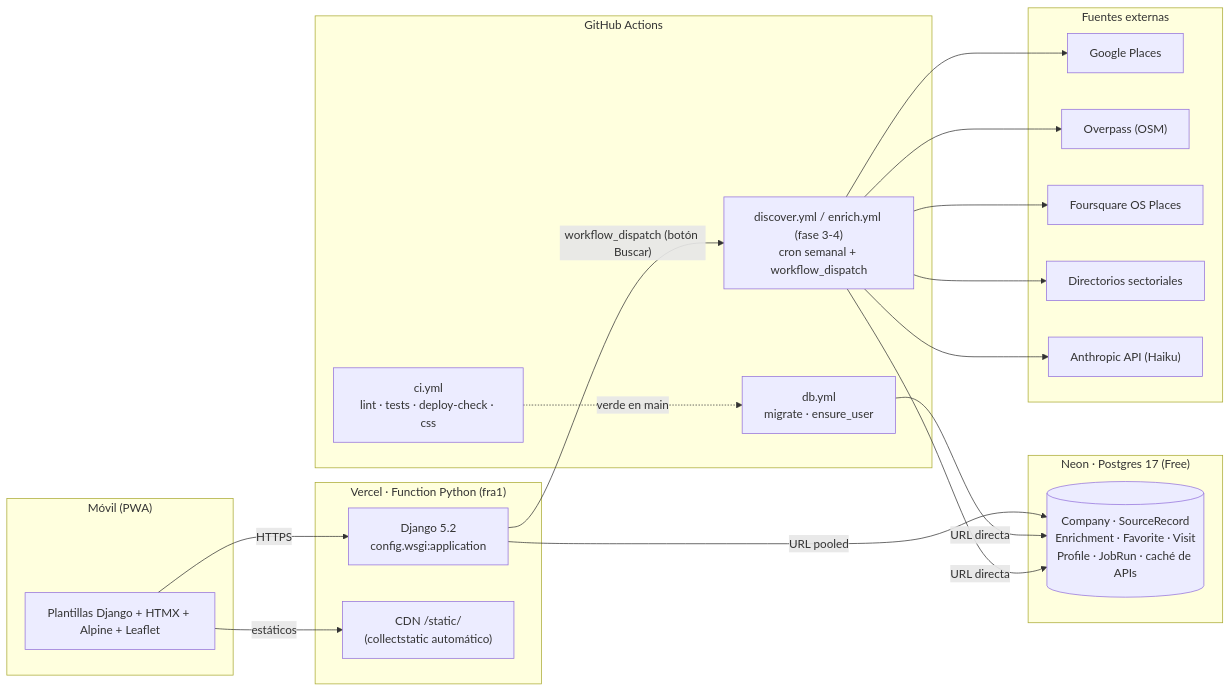
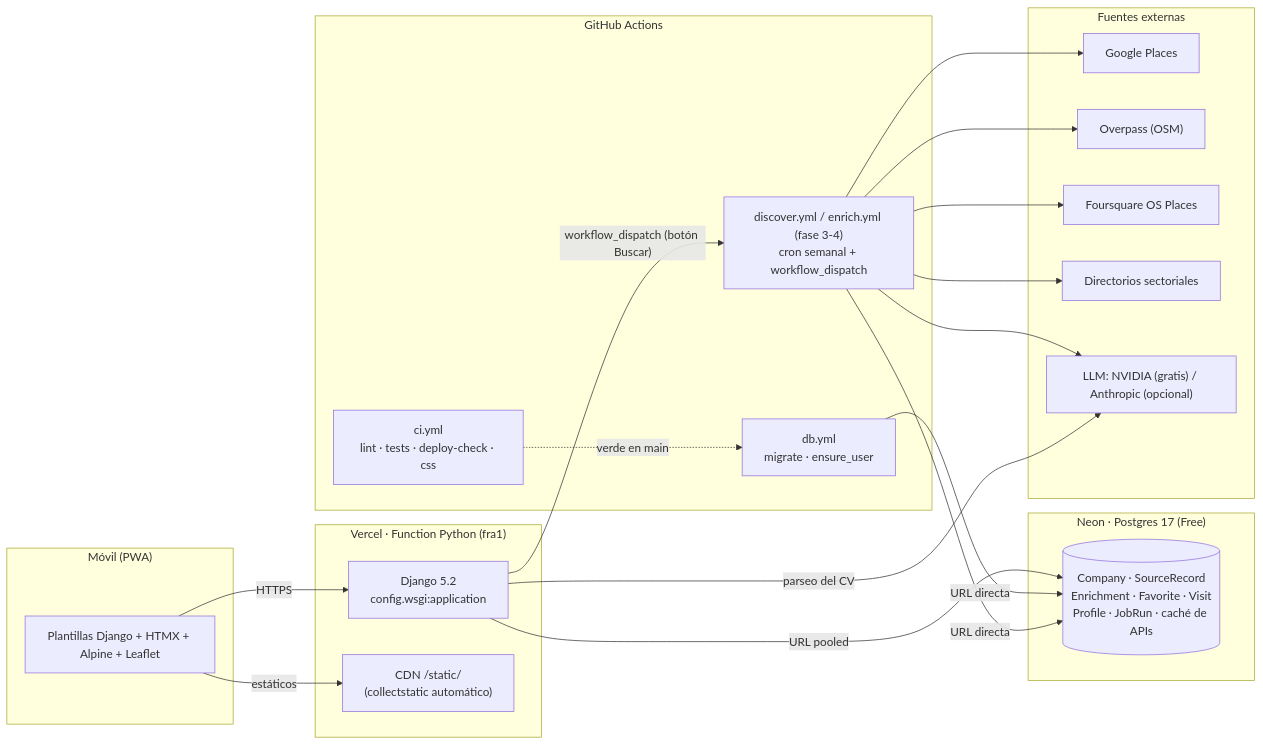
One commit to francisconaranjonrvz/picaporte changed the diagram in README.md. Above: the diagram before and after it, drawn with Mermaid. The commit also changed other lines of this file and 14 other files, not shown here.

First line of the commit message:
LLM gratuito: proveedor NVIDIA (build.nvidia.com) por defecto, Anthropic opcional

````diff
--- a/README.md
+++ b/README.md
@@ -25,38 +25,39 @@
 ```mermaid
 flowchart LR
     subgraph Movil["Móvil (PWA)"]
         UI["Plantillas Django + HTMX + Alpine + Leaflet"]
     end
 
     subgraph Vercel["Vercel · Function Python (fra1)"]
         DJ["Django 5.2\nconfig.wsgi:application"]
         CDN["CDN /static/\n(collectstatic automático)"]
     end
 
     subgraph Neon["Neon · Postgres 17 (Free)"]
         DB[("Company · SourceRecord\nEnrichment · Favorite · Visit\nProfile · JobRun · caché de APIs")]
     end
 
     subgraph Actions["GitHub Actions"]
         CI["ci.yml\nlint · tests · deploy-check · css"]
         DBW["db.yml\nmigrate · ensure_user"]
         W["discover.yml / enrich.yml (fase 3-4)\ncron semanal + workflow_dispatch"]
     end
 
     subgraph Fuentes["Fuentes externas"]
         GP["Google Places"]
         OSM["Overpass (OSM)"]
         FSQ["Foursquare OS Places"]
         DIR["Directorios sectoriales"]
-        ANT["Anthropic API (Haiku)"]
+        LLM["LLM: NVIDIA (gratis) / Anthropic (opcional)"]
     end
 
     UI -- HTTPS --> DJ
     UI -- estáticos --> CDN
     DJ -- "URL pooled" --> DB
     DJ -- "workflow_dispatch (botón Buscar)" --> W
     DBW -- "URL directa" --> DB
     W -- "URL directa" --> DB
-    W --> GP & OSM & FSQ & DIR & ANT
+    W --> GP & OSM & FSQ & DIR & LLM
+    DJ -- "parseo del CV" --> LLM
     CI -. "verde en main" .-> DBW
 ```
````
